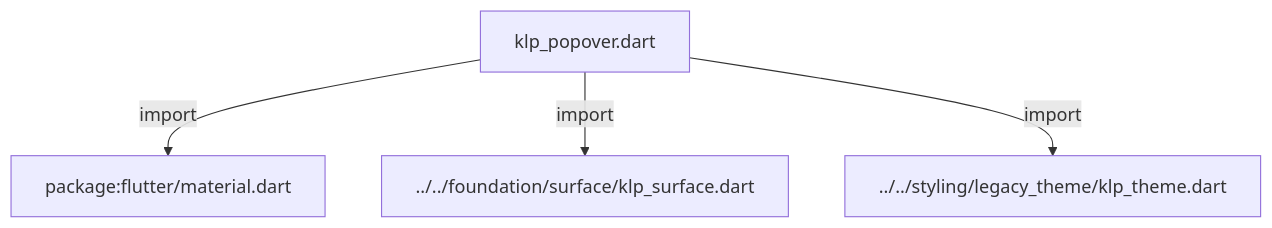
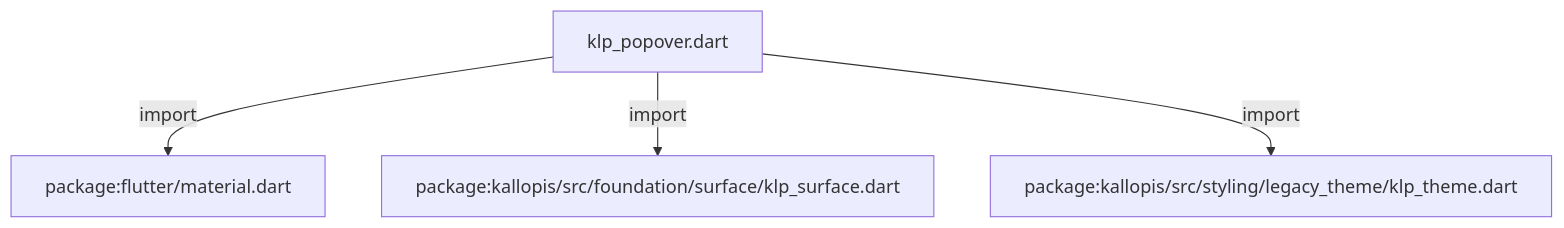
The first of 3 diagrams in docs/architecture/src/features/overlays/klp_popover.md (MiuDog/Kallopis), drawn with Mermaid before and after one commit. The commit also changed other lines of this file and 9688 other files, not shown here.

Commit message:
Prepare isolated Flow F2 peer baseline

````diff
--- a/docs/architecture/src/features/overlays/klp_popover.md
+++ b/docs/architecture/src/features/overlays/klp_popover.md
@@ -11,10 +11,10 @@
 ```mermaid
 flowchart TD
 	n0["klp_popover.dart"]
 	n1["package:flutter/material.dart"]
-	n2["../../foundation/surface/klp_surface.dart"]
-	n3["../../styling/legacy_theme/klp_theme.dart"]
+	n2["package:kallopis/src/foundation/surface/klp_surface.dart"]
+	n3["package:kallopis/src/styling/legacy_theme/klp_theme.dart"]
 	n0 -->|"import"| n1
 	n0 -->|"import"| n2
 	n0 -->|"import"| n3
 ```
````
